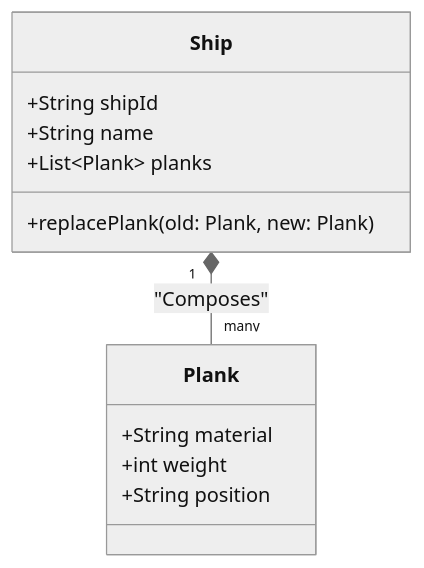
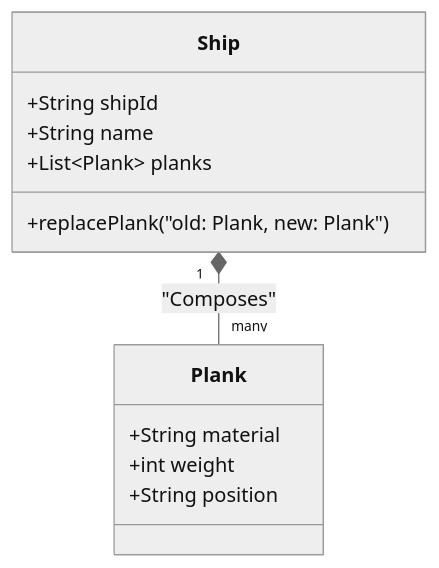
Before and after one commit to kenjinote/blog: the second of 4 diagrams in content/post/ship-of-theseus/index.en.md, drawn with Mermaid (neutral theme). The commit also changed 929 other files, not shown here.

Commit message:
fix: Add double quotes to all Mermaid node texts to resolve syntax errors

````diff
--- a/content/post/ship-of-theseus/index.en.md
+++ b/content/post/ship-of-theseus/index.en.md
@@ -67,15 +67,15 @@
 ```mermaid
 classDiagram
     class Ship {
         +String shipId
         +String name
         +List~Plank~ planks
-        +replacePlank(old: Plank, new: Plank)
+        +replacePlank("old: Plank, new: Plank")
     }
     class Plank {
         +String material
         +int weight
         +String position
     }
     Ship "1" *-- "many" Plank : "Composes"
 ```
````
